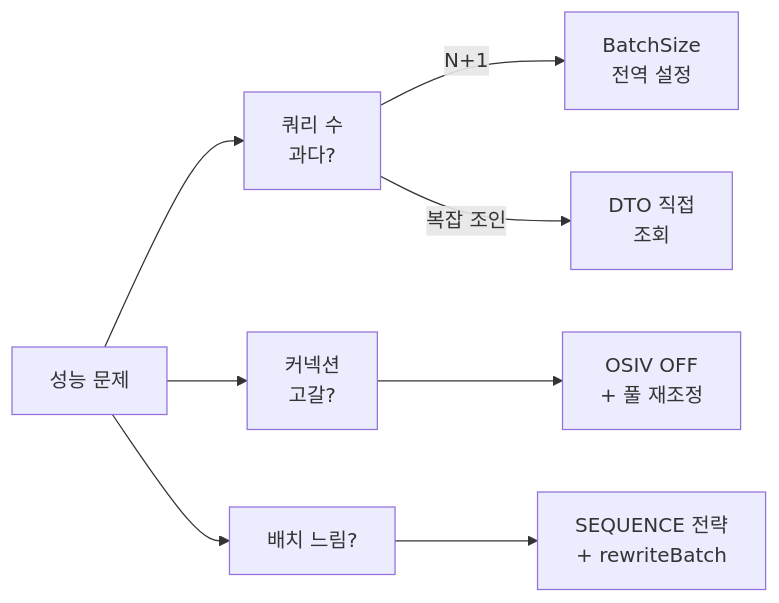
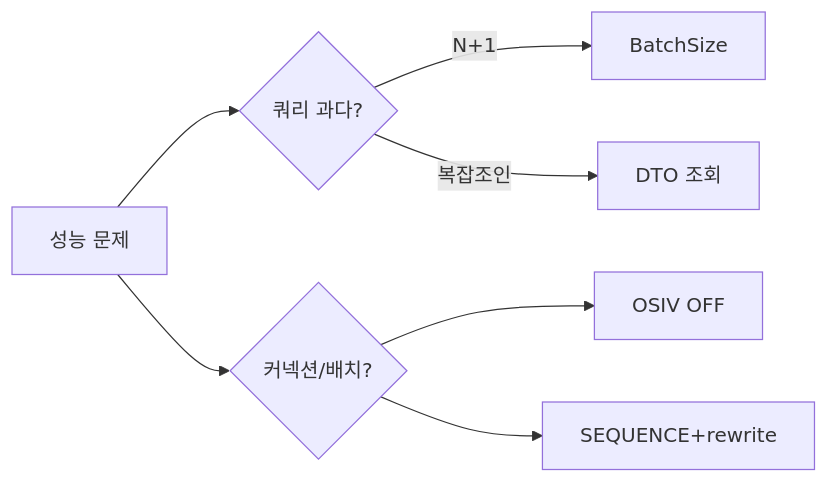
Before and after one commit to yjkim2015/yjkim2015.github.io: the fourth of 4 diagrams in _posts/jpa/2026-05-12-jpa-performance.md, drawn with Mermaid. The commit also changed other lines of this file and 245 other files, not shown here.

First line of the commit message:
Mermaid 다이어그램 전면 수정 + 면접 포인트 접기/펼치기 + DB 데드락 페이지

````diff
--- a/_posts/jpa/2026-05-12-jpa-performance.md
+++ b/_posts/jpa/2026-05-12-jpa-performance.md
@@ -1239,10 +1242,9 @@
 ```mermaid
 graph LR
-    PROB["성능 문제"] --> A["쿼리 수\n과다?"]
-    A -->|N+1| B["BatchSize\n전역 설정"]
-    A -->|복잡 조인| C["DTO 직접\n조회"]
-    PROB --> D["커넥션\n고갈?"]
-    D --> E["OSIV OFF\n+ 풀 재조정"]
-    PROB --> F["배치 느림?"]
-    F --> G["SEQUENCE 전략\n+ rewriteBatch"]
+    PROB["성능 문제"] --> A{"쿼리 과다?"}
+    A -->|N+1| B["BatchSize"]
+    A -->|복잡조인| C["DTO 조회"]
+    PROB --> D{"커넥션/배치?"}
+    D --> E["OSIV OFF"]
+    D --> F["SEQUENCE+rewrite"]
 ```
````
